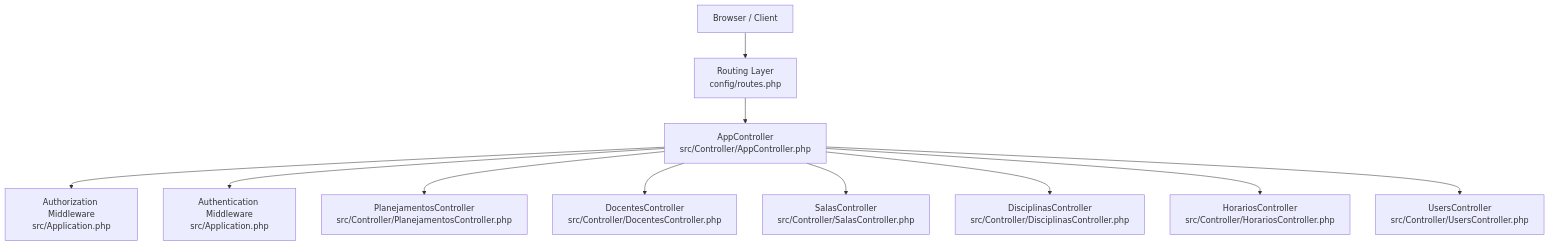
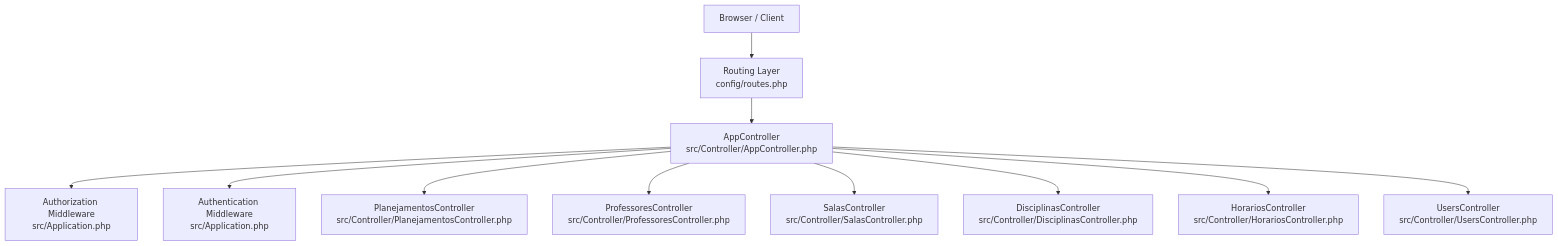
One commit to luiseduacosta/planejamento5 changed the first of 7 diagrams in .qoder/repowiki/en/content/Project Overview/Core Features Overview/Core Features Overview.md. Above: the diagram before and after it, drawn with Mermaid. The commit also changed other lines of this file and 37 other files, not shown here.

Commit message:
repowiki: rename Docentes → Professores in metadata

````diff
--- a/.qoder/repowiki/en/content/Project Overview/Core Features Overview/Core Features Overview.md
+++ b/.qoder/repowiki/en/content/Project Overview/Core Features Overview/Core Features Overview.md
@@ -39,13 +39,13 @@
 ```mermaid
 graph TB
 Client["Browser / Client"] --> Router["Routing Layer<br/>config/routes.php"]
 Router --> AppCtrl["AppController<br/>src/Controller/AppController.php"]
 AppCtrl --> Authz["Authorization Middleware<br/>src/Application.php"]
 AppCtrl --> Authn["Authentication Middleware<br/>src/Application.php"]
 AppCtrl --> C_Planejamentos["PlanejamentosController<br/>src/Controller/PlanejamentosController.php"]
-AppCtrl --> C_Docentes["DocentesController<br/>src/Controller/DocentesController.php"]
+AppCtrl --> C_Professores["ProfessoresController<br/>src/Controller/ProfessoresController.php"]
 AppCtrl --> C_Salas["SalasController<br/>src/Controller/SalasController.php"]
 AppCtrl --> C_Disciplinas["DisciplinasController<br/>src/Controller/DisciplinasController.php"]
 AppCtrl --> C_Horarios["HorariosController<br/>src/Controller/HorariosController.php"]
 AppCtrl --> C_Users["UsersController<br/>src/Controller/UsersController.php"]
 ```
````
